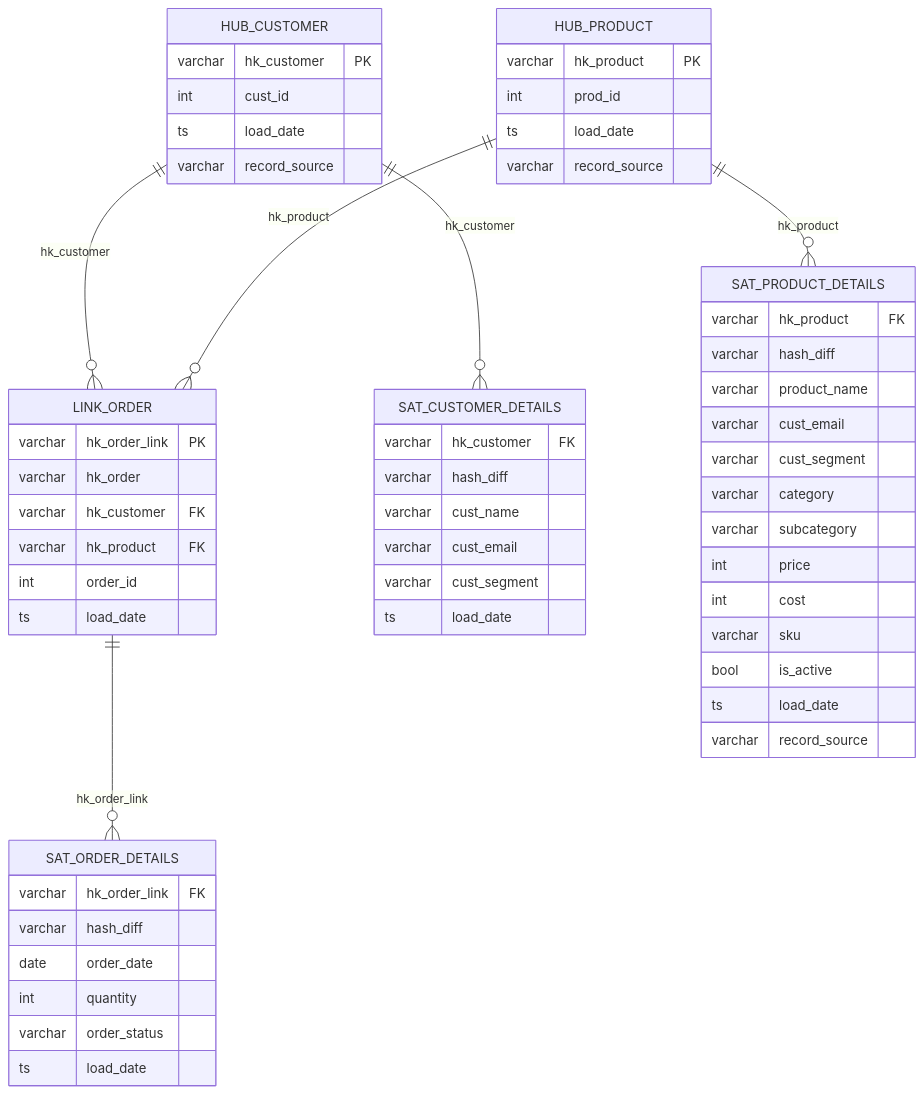
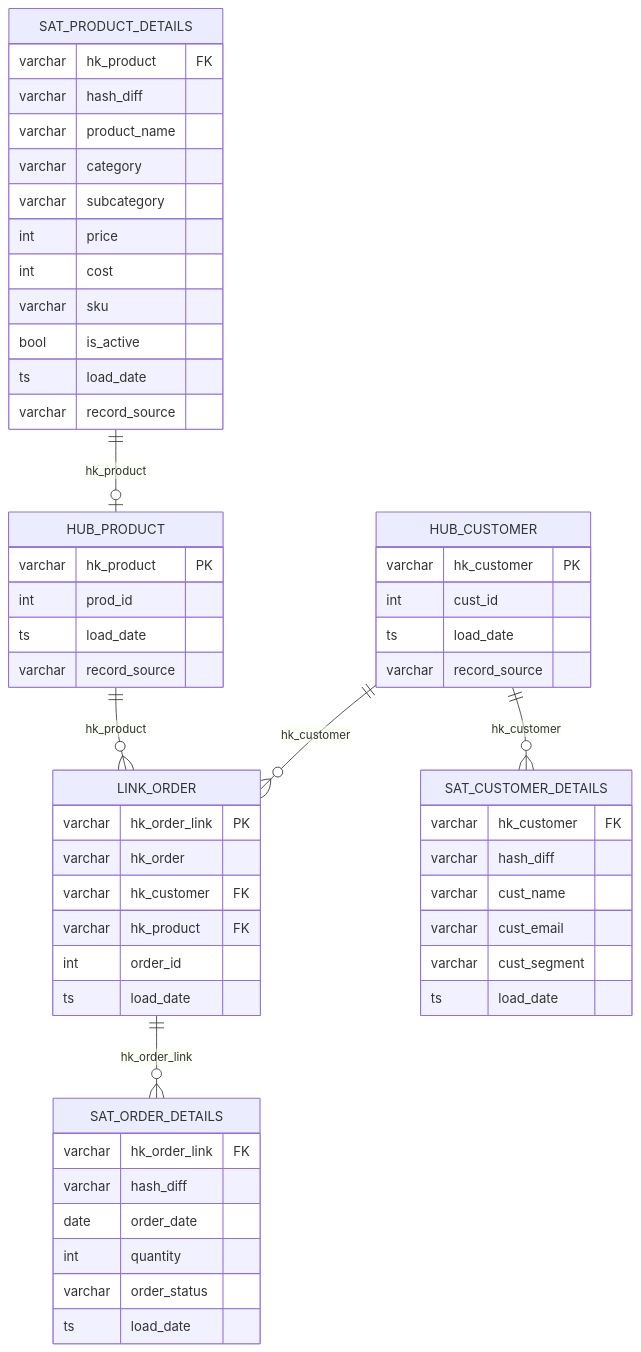
The first of 3 diagrams in modeling_walkthrough.md (mkarkour/ModelFlow), drawn with Mermaid before and after one commit.

Commit message:
fix: reorder diagram

````diff
--- a/modeling_walkthrough.md
+++ b/modeling_walkthrough.md
@@ -85,59 +85,58 @@
 ```mermaid
 erDiagram
+    SAT_PRODUCT_DETAILS ||--o| HUB_PRODUCT : "hk_product"
+    HUB_PRODUCT  ||--o{ LINK_ORDER : "hk_product"
+    HUB_CUSTOMER ||--o{ LINK_ORDER : "hk_customer"
+    HUB_CUSTOMER ||--o{ SAT_CUSTOMER_DETAILS : "hk_customer"
+    LINK_ORDER   ||--o{ SAT_ORDER_DETAILS : "hk_order_link"
+
     HUB_CUSTOMER {
         varchar hk_customer PK
         int     cust_id
         ts      load_date
         varchar record_source
     }
     HUB_PRODUCT {
         varchar hk_product PK
         int     prod_id
         ts      load_date
         varchar record_source
     }
     LINK_ORDER {
         varchar hk_order_link PK
         varchar hk_order
         varchar hk_customer   FK
         varchar hk_product    FK
         int     order_id
         ts      load_date
     }
     SAT_CUSTOMER_DETAILS {
         varchar hk_customer   FK
         varchar hash_diff
         varchar cust_name
         varchar cust_email
         varchar cust_segment
         ts      load_date
     }
     SAT_PRODUCT_DETAILS {
         varchar hk_product   FK
         varchar hash_diff
         varchar product_name
-        varchar cust_email
-        varchar cust_segment
         varchar category
         varchar subcategory
         int     price
         int     cost
         varchar sku
         bool    is_active
         ts      load_date
         varchar record_source
     }
     SAT_ORDER_DETAILS {
         varchar hk_order_link FK
         varchar hash_diff
         date    order_date
         int     quantity
         varchar order_status
         ts      load_date
     }
-    HUB_CUSTOMER ||--o{ LINK_ORDER : "hk_customer"
-    HUB_PRODUCT  ||--o{ LINK_ORDER : "hk_product"
-    HUB_CUSTOMER ||--o{ SAT_CUSTOMER_DETAILS : "hk_customer"
-    HUB_PRODUCT  ||--o{ SAT_PRODUCT_DETAILS : "hk_product"
-    LINK_ORDER   ||--o{ SAT_ORDER_DETAILS : "hk_order_link"
 ```
````
